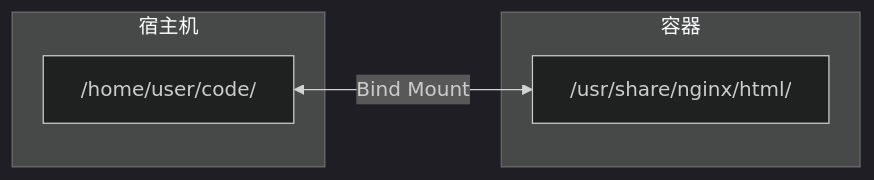
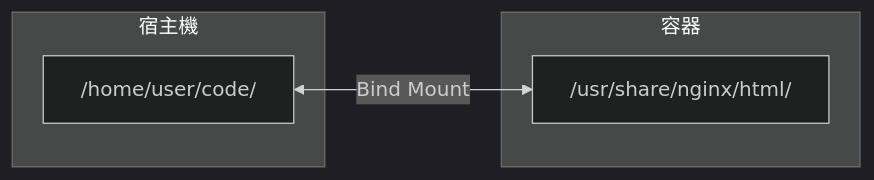
The diagram in 08_data/8.2_bind-mounts.md (alexkuoecity/docker-practice-master-zh-tw), drawn with Mermaid (dark theme) before and after one commit. The commit also changed other lines of this file and 200 other files, not shown here.

````diff
--- a/08_data/8.2_bind-mounts.md
+++ b/08_data/8.2_bind-mounts.md
@@ -7,12 +7,12 @@
 ```mermaid
 flowchart LR
-    subgraph Host ["宿主机"]
+    subgraph Host ["宿主機"]
         Dir1["/home/user/code/"]
     end
 
     subgraph Container ["容器"]
         Dir2["/usr/share/nginx/html/"]
     end
 
     Dir1 <-->|Bind Mount| Dir2
 ```
````
